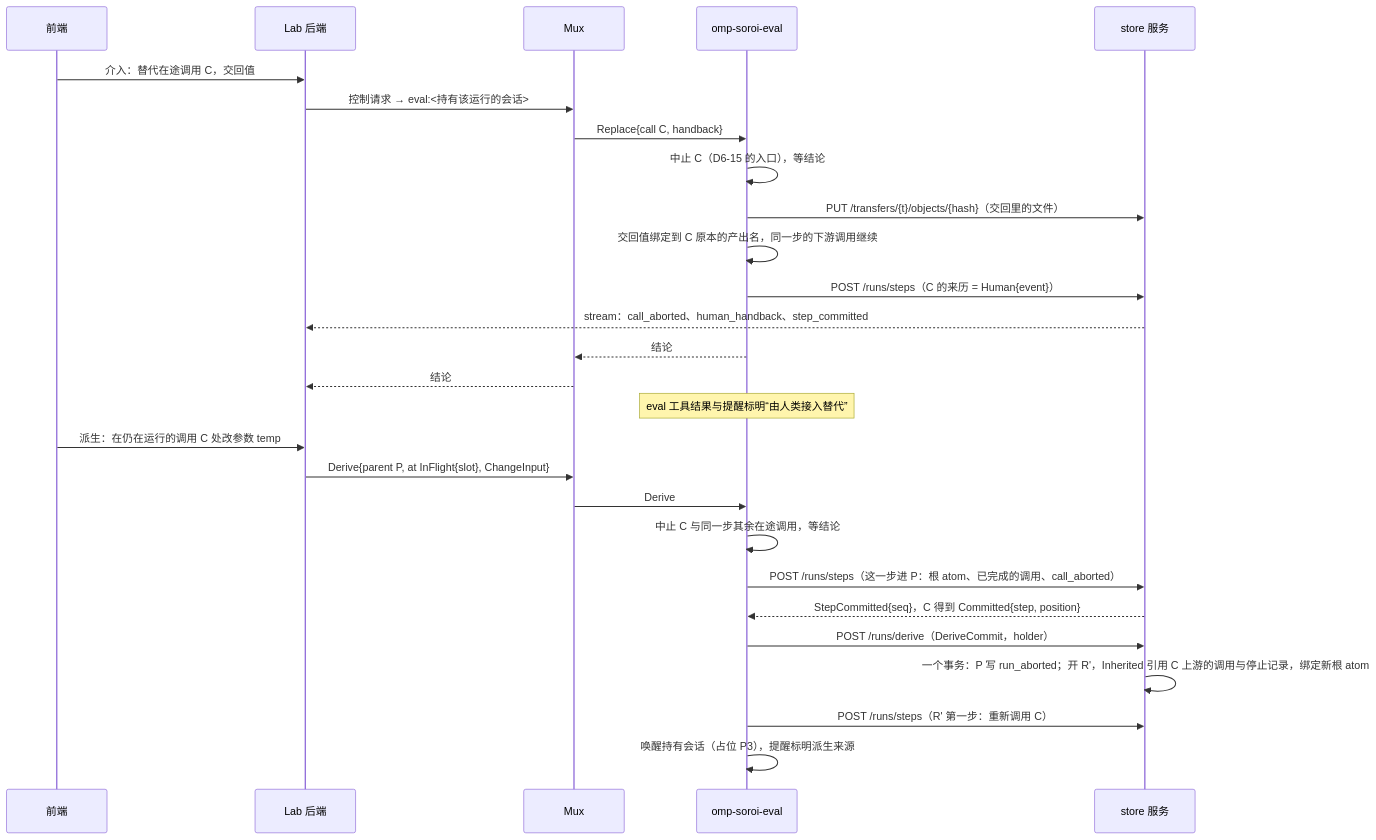
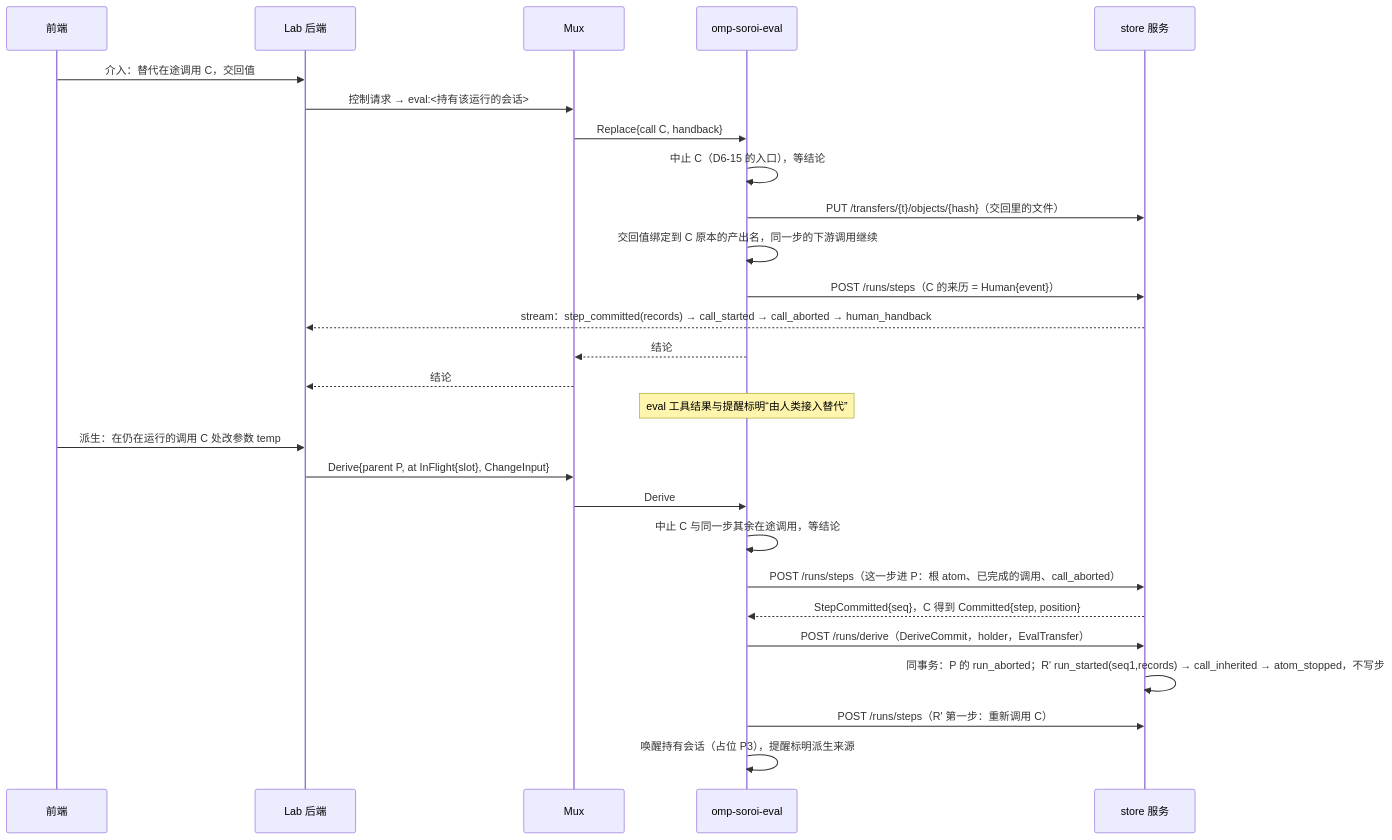
Before and after one commit to Pepgent/PM: the second of 2 diagrams in evidence/decisions/D6-store-service.md, drawn with Mermaid. The commit also changed other lines of this file and 10 other files, not shown here.

````diff
--- a/evidence/decisions/D6-store-service.md
+++ b/evidence/decisions/D6-store-service.md
@@ -260,29 +280,29 @@
 ```mermaid
 sequenceDiagram
   participant GUI as 前端
   participant LAB as Lab 后端
   participant MUX as Mux
   participant EV as omp-soroi-eval
   participant ST as store 服务
   GUI->>LAB: 介入：替代在途调用 C，交回值
   LAB->>MUX: 控制请求 → eval:<持有该运行的会话>
   MUX->>EV: Replace{call C, handback}
   EV->>EV: 中止 C（D6-15 的入口），等结论
   EV->>ST: PUT /transfers/{t}/objects/{hash}（交回里的文件）
   EV->>EV: 交回值绑定到 C 原本的产出名，同一步的下游调用继续
   EV->>ST: POST /runs/steps（C 的来历 = Human{event}）
-  ST-->>LAB: stream：call_aborted、human_handback、step_committed
+  ST-->>LAB: stream：step_committed(records) → call_started → call_aborted → human_handback
   EV-->>MUX: 结论
   MUX-->>LAB: 结论
   Note over EV: eval 工具结果与提醒标明“由人类接入替代”
   GUI->>LAB: 派生：在仍在运行的调用 C 处改参数 temp
   LAB->>MUX: Derive{parent P, at InFlight{slot}, ChangeInput}
   MUX->>EV: Derive
   EV->>EV: 中止 C 与同一步其余在途调用，等结论
   EV->>ST: POST /runs/steps（这一步进 P：根 atom、已完成的调用、call_aborted）
   ST-->>EV: StepCommitted{seq}，C 得到 Committed{step, position}
-  EV->>ST: POST /runs/derive（DeriveCommit，holder）
-  ST->>ST: 一个事务：P 写 run_aborted；开 R'，Inherited 引用 C 上游的调用与停止记录，绑定新根 atom
+  EV->>ST: POST /runs/derive（DeriveCommit，holder，EvalTransfer）
+  ST->>ST: 同事务：P 的 run_aborted；R' run_started(seq1,records) → call_inherited → atom_stopped，不写步
   EV->>ST: POST /runs/steps（R' 第一步：重新调用 C）
   EV->>EV: 唤醒持有会话（占位 P3），提醒标明派生来源
 ```
````
